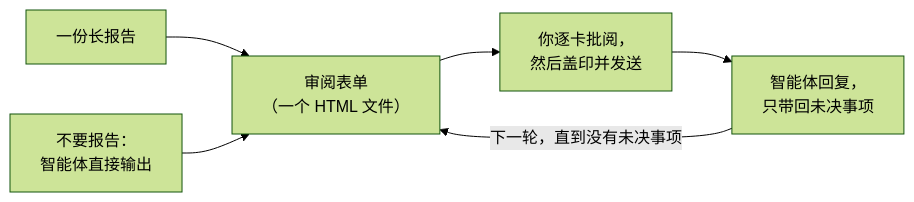
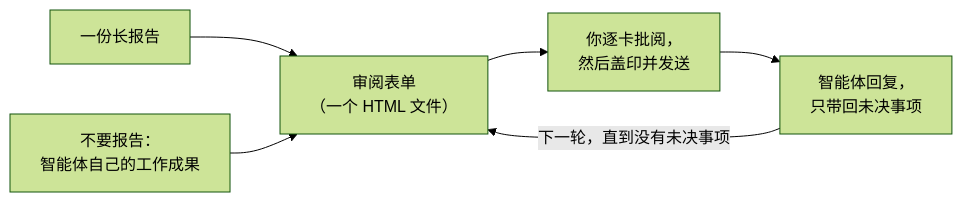
One commit to HaoranZhang122/granted-review changed the diagram in README.zh-CN.md. Above: the diagram before and after it, drawn with Mermaid (forest theme). The commit also changed other lines of this file and 13 other files, not shown here.

````diff
--- a/README.zh-CN.md
+++ b/README.zh-CN.md
@@ -51,8 +60,8 @@
 ```mermaid
 flowchart LR
   A["一份长报告"] --> F["审阅表单<br/>（一个 HTML 文件）"]
-  B["不要报告：<br/>智能体直接输出"] --> F
+  B["不要报告：<br/>智能体自己的工作成果"] --> F
   F --> R["你逐卡批阅，<br/>然后盖印并发送"]
   R --> N["智能体回复，<br/>只带回未决事项"]
   N -->|"下一轮，直到没有未决事项"| F
 ```
````
